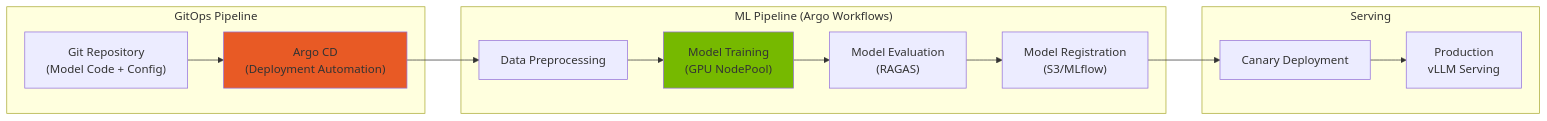
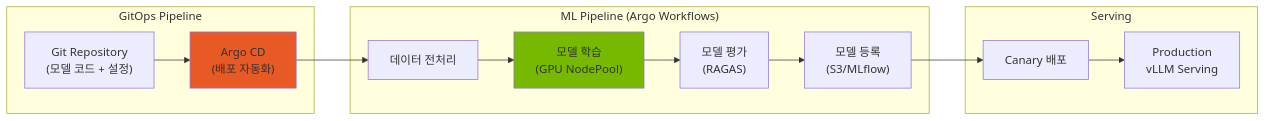
Before and after one commit to devfloor9/engineering-playbook: the ninth of 11 diagrams in i18n/en/docusaurus-plugin-content-docs/current/agentic-ai-platform/design-architecture/agentic-ai-solutions-eks.md, drawn with Mermaid. The commit also changed other lines of this file and 6 other files, not shown here.

````diff
--- a/i18n/en/docusaurus-plugin-content-docs/current/agentic-ai-platform/design-architecture/agentic-ai-solutions-eks.md
+++ b/i18n/en/docusaurus-plugin-content-docs/current/agentic-ai-platform/design-architecture/agentic-ai-solutions-eks.md
@@ -609,26 +548,26 @@
 ```mermaid
 graph LR
     subgraph "GitOps Pipeline"
-        GIT["Git Repository<br/>(Model Code + Config)"]
-        ARGOCD["Argo CD<br/>(Deployment Automation)"]
+        GIT["Git Repository<br/>(모델 코드 + 설정)"]
+        ARGOCD["Argo CD<br/>(배포 자동화)"]
     end
 
     subgraph "ML Pipeline (Argo Workflows)"
-        PREP["Data Preprocessing"]
-        TRAIN["Model Training<br/>(GPU NodePool)"]
-        EVAL["Model Evaluation<br/>(RAGAS)"]
-        REG["Model Registration<br/>(S3/MLflow)"]
+        PREP["데이터 전처리"]
+        TRAIN["모델 학습<br/>(GPU NodePool)"]
+        EVAL["모델 평가<br/>(RAGAS)"]
+        REG["모델 등록<br/>(S3/MLflow)"]
     end
 
     subgraph "Serving"
-        CANARY["Canary Deployment"]
+        CANARY["Canary 배포"]
         PROD["Production<br/>vLLM Serving"]
     end
 
     GIT --> ARGOCD
     ARGOCD --> PREP --> TRAIN --> EVAL --> REG
     REG --> CANARY --> PROD
 
     style ARGOCD fill:#e85a25
     style TRAIN fill:#76b900
 ```
````
